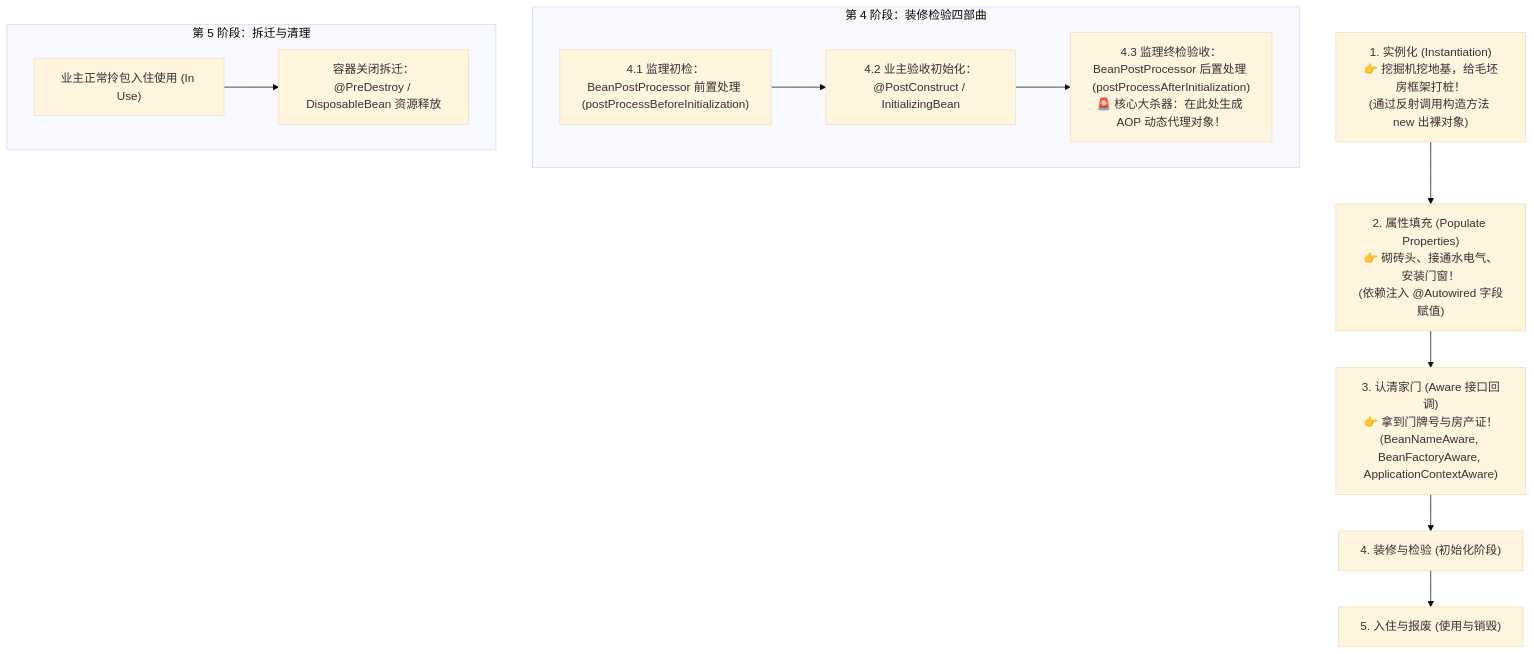
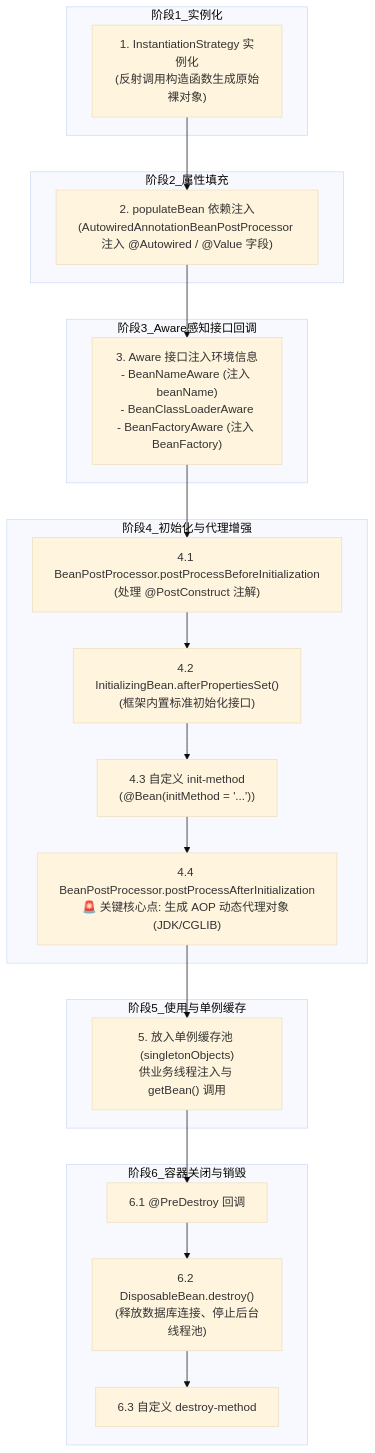
Before and after one commit to GuoWWWX/knowledge-base: the third of 3 diagrams in 20-Java后端/04-Spring生态/01-IoC容器与Bean生命周期.md, drawn with Mermaid (base theme). The commit also changed other lines of this file and 234 other files, not shown here.

````diff
--- a/20-Java后端/04-Spring生态/01-IoC容器与Bean生命周期.md
+++ b/20-Java后端/04-Spring生态/01-IoC容器与Bean生命周期.md
@@ -112,19 +77,36 @@
 ```mermaid
 flowchart TD
-    Step1["1. 实例化 (Instantiation)<br/>👉 挖掘机挖地基，给毛坯房框架打桩！<br/>(通过反射调用构造方法 new 出裸对象)"] --> Step2["2. 属性填充 (Populate Properties)<br/>👉 砌砖头、接通水电气、安装门窗！<br/>(依赖注入 @Autowired 字段赋值)"]
-    
-    Step2 --> Step3["3. 认清家门 (Aware 接口回调)<br/>👉 拿到门牌号与房产证！<br/>(BeanNameAware, BeanFactoryAware, ApplicationContextAware)"]
-    
-    Step3 --> Step4["4. 装修与检验 (初始化阶段)"]
-    
-    subgraph InitPhase["第 4 阶段：装修检验四部曲"]
-        I1["4.1 监理初检：BeanPostProcessor 前置处理 (postProcessBeforeInitialization)"] --> I2["4.2 业主验收初始化：@PostConstruct / InitializingBean"]
-        I2 --> I3["4.3 监理终检验收：BeanPostProcessor 后置处理 (postProcessAfterInitialization)<br/>🚨 核心大杀器：在此处生成 AOP 动态代理对象！"]
+    subgraph 阶段1_实例化
+        S1["1. InstantiationStrategy 实例化<br/>(反射调用构造函数生成原始裸对象)"]
     end
-    
-    Step4 --> Step5["5. 入住与报废 (使用与销毁)"]
-    
-    subgraph DestructPhase["第 5 阶段：拆迁与清理"]
-        D1["业主正常拎包入住使用 (In Use)"] --> D2["容器关闭拆迁：@PreDestroy / DisposableBean 资源释放"]
+
+    subgraph 阶段2_属性填充
+        S2["2. populateBean 依赖注入<br/>(AutowiredAnnotationBeanPostProcessor 注入 @Autowired / @Value 字段)"]
     end
+
+    subgraph 阶段3_Aware感知接口回调
+        S3["3. Aware 接口注入环境信息<br/>- BeanNameAware (注入 beanName)<br/>- BeanClassLoaderAware<br/>- BeanFactoryAware (注入 BeanFactory)"]
+    end
+
+    subgraph 阶段4_初始化与代理增强
+        S4_1["4.1 BeanPostProcessor.postProcessBeforeInitialization<br/>(处理 @PostConstruct 注解)"]
+        S4_2["4.2 InitializingBean.afterPropertiesSet()<br/>(框架内置标准初始化接口)"]
+        S4_3["4.3 自定义 init-method<br/>(@Bean(initMethod = '...'))"]
+        S4_4["4.4 BeanPostProcessor.postProcessAfterInitialization<br/>🚨 关键核心点: 生成 AOP 动态代理对象 (JDK/CGLIB)"]
+        S4_1 --> S4_2 --> S4_3 --> S4_4
+    end
+
+    subgraph 阶段5_使用与单例缓存
+        S5["5. 放入单例缓存池 (singletonObjects)<br/>供业务线程注入与 getBean() 调用"]
+    end
+
+    subgraph 阶段6_容器关闭与销毁
+        S6_1["6.1 @PreDestroy 回调"]
+        S6_2["6.2 DisposableBean.destroy()<br/>(释放数据库连接、停止后台线程池)"]
+        S6_3["6.3 自定义 destroy-method"]
+        S6_1 --> S6_2 --> S6_3
+    end
+
+    S1 --> S2 --> S3 --> S4_1
+    S4_4 --> S5 --> S6_1
 ```
````
